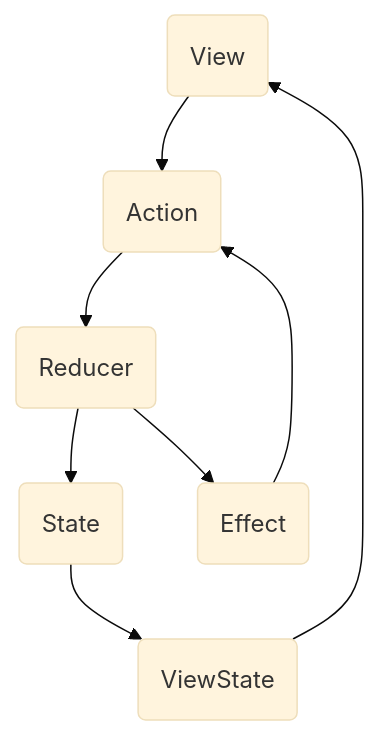
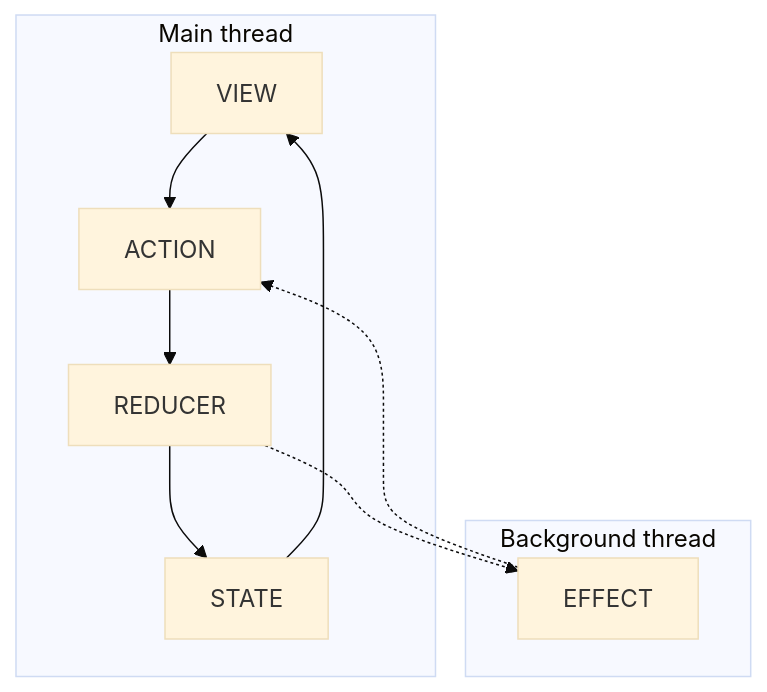
The fourth of 6 diagrams in README.md (stephtelolahy/WildWestOnline), drawn with Mermaid (base theme) before and after one commit.

````diff
--- a/README.md
+++ b/README.md
@@ -101,10 +101,13 @@
 ```mermaid
 graph TD;
-    VIEW(View) --> ACTION(Action);
-    ACTION --> REDUCER(Reducer);
-    REDUCER --> STATE(State);
-    STATE --> VIEWSTATE(ViewState);
-    REDUCER --> EFFECT(Effect);
-    EFFECT --> ACTION;
-    VIEWSTATE --> VIEW;
+  subgraph Main thread
+    VIEW --> ACTION
+    ACTION --> REDUCER
+    REDUCER --> STATE
+    STATE --> VIEW
+  end
+  subgraph Background thread
+    REDUCER -.-> EFFECT
+    EFFECT -.-> ACTION
+  end
 ```
````
